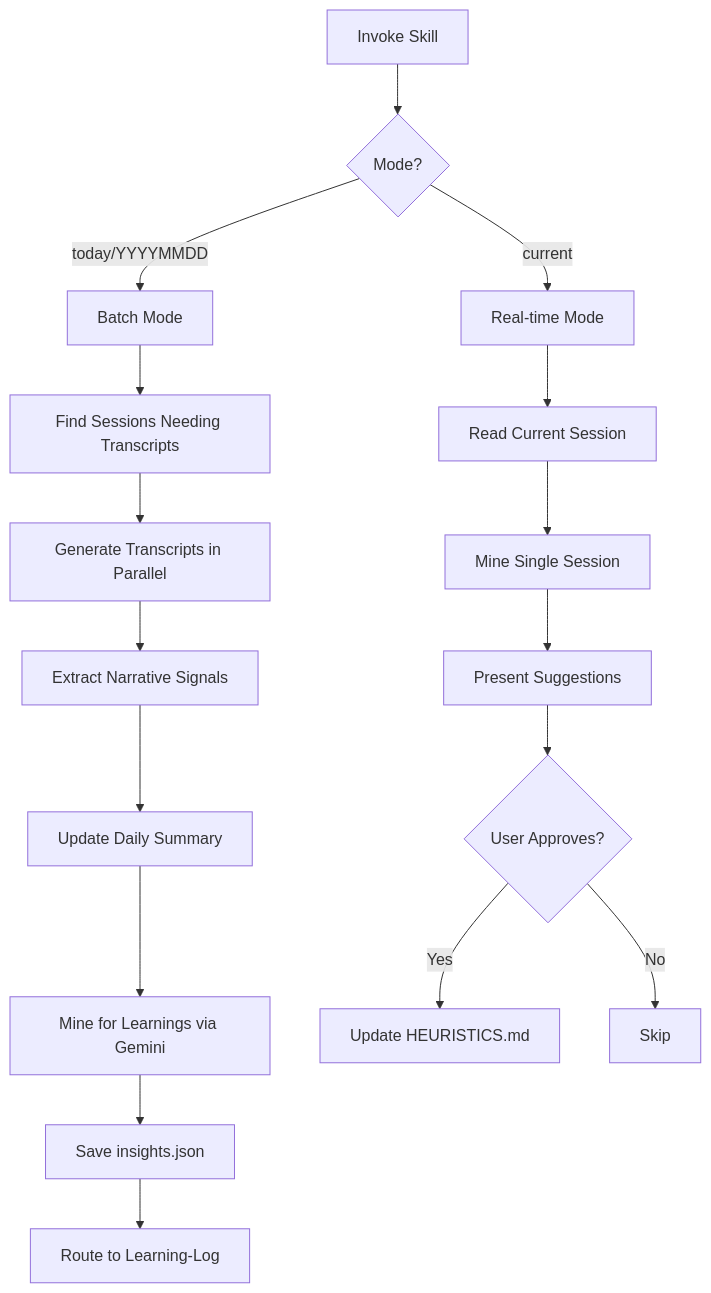
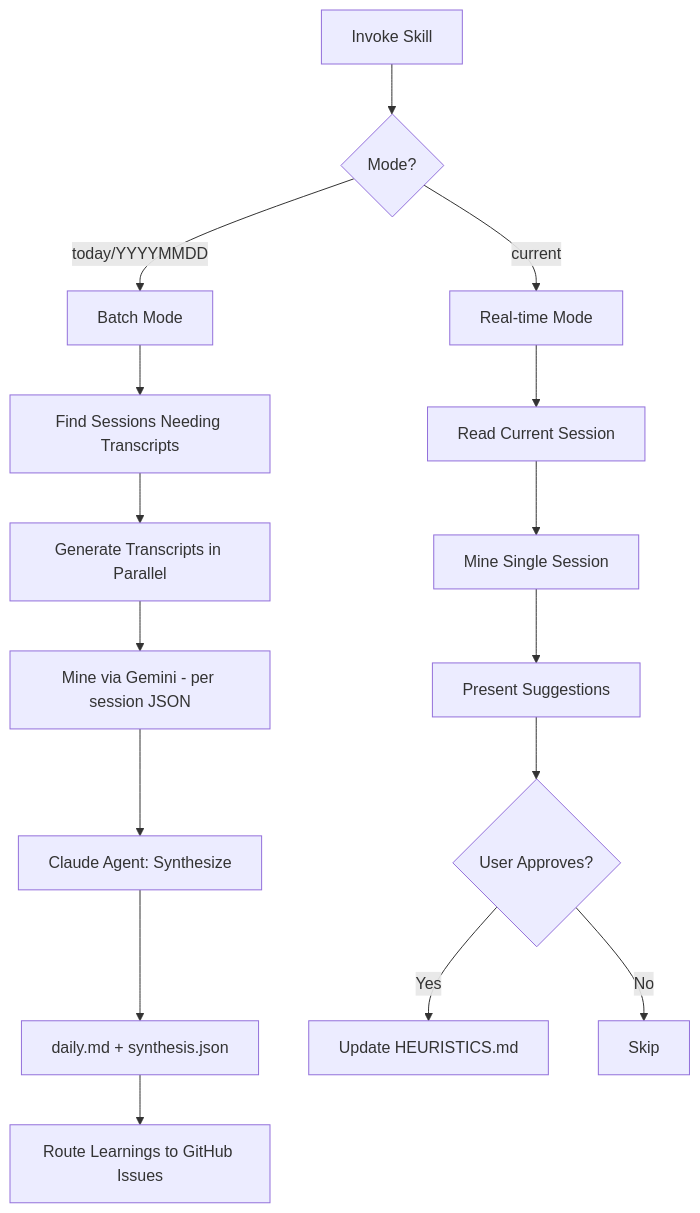
The diagram in specs/session-insights-skill.md (nicsuzor/academicOps), drawn with Mermaid before and after one commit. The commit also changed other lines of this file and 1 other file, not shown here.

First line of the commit message:
docs: clarify session-insights → dashboard data flow

````diff
--- a/specs/session-insights-skill.md
+++ b/specs/session-insights-skill.md
@@ -21,21 +21,20 @@
 ```mermaid
 graph TD
     A[Invoke Skill] --> B{Mode?}
     B -->|today/YYYYMMDD| C[Batch Mode]
     B -->|current| D[Real-time Mode]
 
     C --> E[Find Sessions Needing Transcripts]
     E --> F[Generate Transcripts in Parallel]
-    F --> G[Extract Narrative Signals]
-    G --> H[Update Daily Summary]
-    H --> I[Mine for Learnings via Gemini]
-    I --> J[Save insights.json]
-    J --> K[Route to Learning-Log]
+    F --> G[Mine via Gemini - per session JSON]
+    G --> H[Claude Agent: Synthesize]
+    H --> I[daily.md + synthesis.json]
+    I --> J[Route Learnings to GitHub Issues]
 
-    D --> L[Read Current Session]
-    L --> M[Mine Single Session]
-    M --> N[Present Suggestions]
-    N --> O{User Approves?}
-    O -->|Yes| P[Update HEURISTICS.md]
-    O -->|No| Q[Skip]
+    D --> K[Read Current Session]
+    K --> L[Mine Single Session]
+    L --> M[Present Suggestions]
+    M --> N{User Approves?}
+    N -->|Yes| O[Update HEURISTICS.md]
+    N -->|No| P[Skip]
 ```
````
